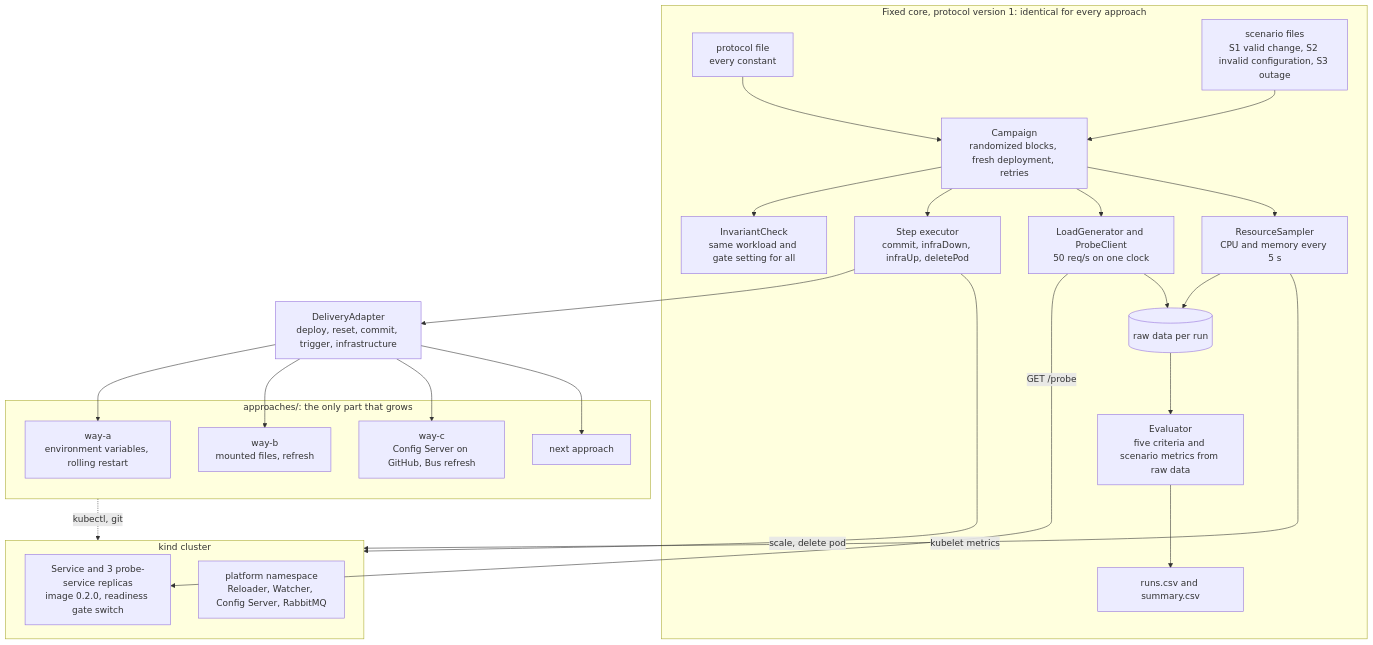
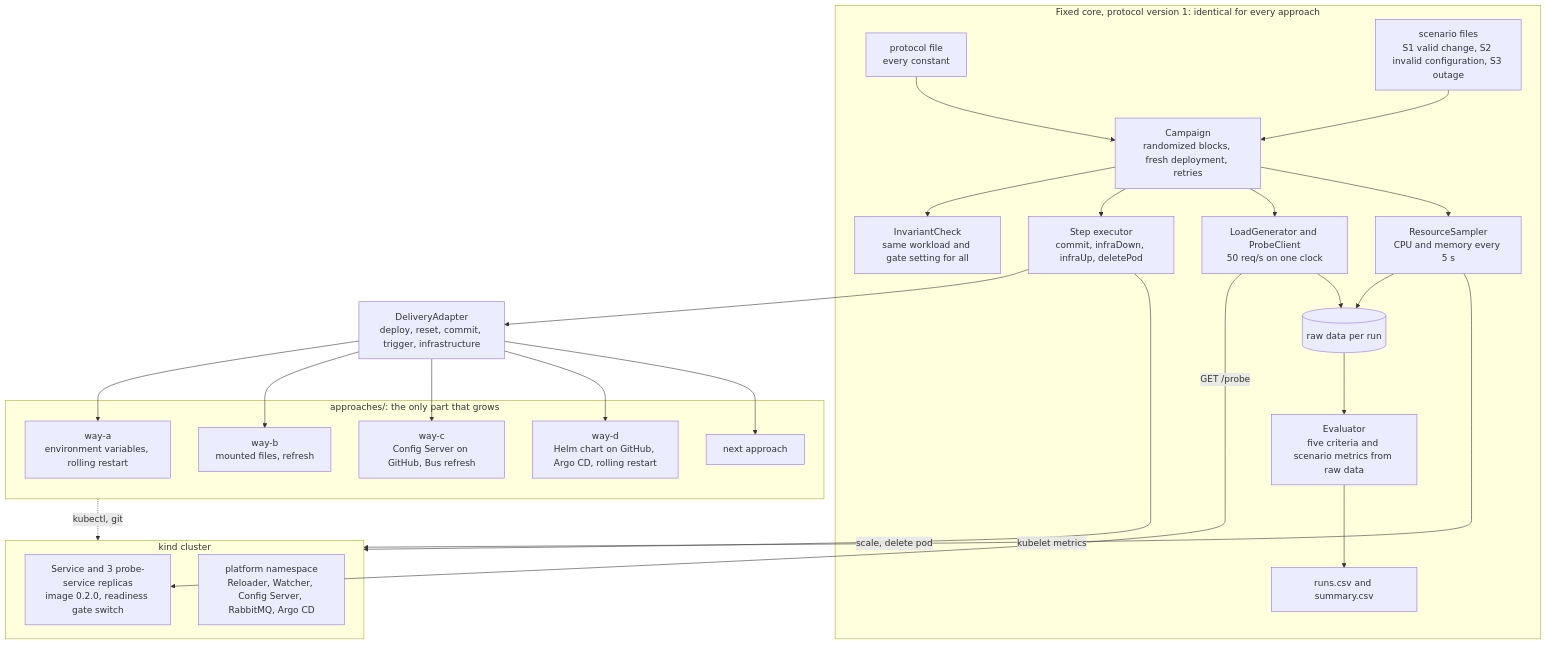
One commit to AimenFH/config-delivery-thesis changed the second of 6 diagrams in document/architecture.md. Above: the diagram before and after it, drawn with Mermaid. The commit also changed other lines of this file and 16 other files, not shown here.

Commit message:
Argo CD and Helm as fourth approach

````diff
--- a/document/architecture.md
+++ b/document/architecture.md
@@ -77,49 +78,51 @@
 ```mermaid
 flowchart TB
     subgraph core["Fixed core, protocol version 1: identical for every approach"]
         protocol["protocol file<br/>every constant"]
         scen["scenario files<br/>S1 valid change, S2 invalid configuration, S3 outage"]
         campaign["Campaign<br/>randomized blocks, fresh deployment, retries"]
         steps["Step executor<br/>commit, infraDown, infraUp, deletePod"]
         inv["InvariantCheck<br/>same workload and gate setting for all"]
         load["LoadGenerator and ProbeClient<br/>50 req/s on one clock"]
         res["ResourceSampler<br/>CPU and memory every 5 s"]
         raw[("raw data per run")]
         eval["Evaluator<br/>five criteria and scenario metrics from raw data"]
         out["runs.csv and summary.csv"]
     end
 
     adapter["DeliveryAdapter<br/>deploy, reset, commit, trigger, infrastructure"]
 
     subgraph approaches["approaches/: the only part that grows"]
         a["way-a<br/>environment variables, rolling restart"]
         b["way-b<br/>mounted files, refresh"]
         c["way-c<br/>Config Server on GitHub, Bus refresh"]
+        d["way-d<br/>Helm chart on GitHub, Argo CD, rolling restart"]
         n["next approach"]
     end
 
     subgraph cluster["kind cluster"]
         svc["Service and 3 probe-service replicas<br/>image 0.2.0, readiness gate switch"]
-        infra["platform namespace<br/>Reloader, Watcher, Config Server, RabbitMQ"]
+        infra["platform namespace<br/>Reloader, Watcher, Config Server, RabbitMQ, Argo CD"]
     end
 
     protocol --> campaign
     scen --> campaign
     campaign --> inv
     campaign --> steps
     steps --> adapter
     steps -- "scale, delete pod" --> cluster
     adapter --> a
     adapter --> b
     adapter --> c
+    adapter --> d
     adapter --> n
     approaches -. "kubectl, git" .-> cluster
     campaign --> load
     campaign --> res
     load -- "GET /probe" --> svc
     res -- "kubelet metrics" --> cluster
     load --> raw
     res --> raw
     raw --> eval
     eval --> out
 ```
````
